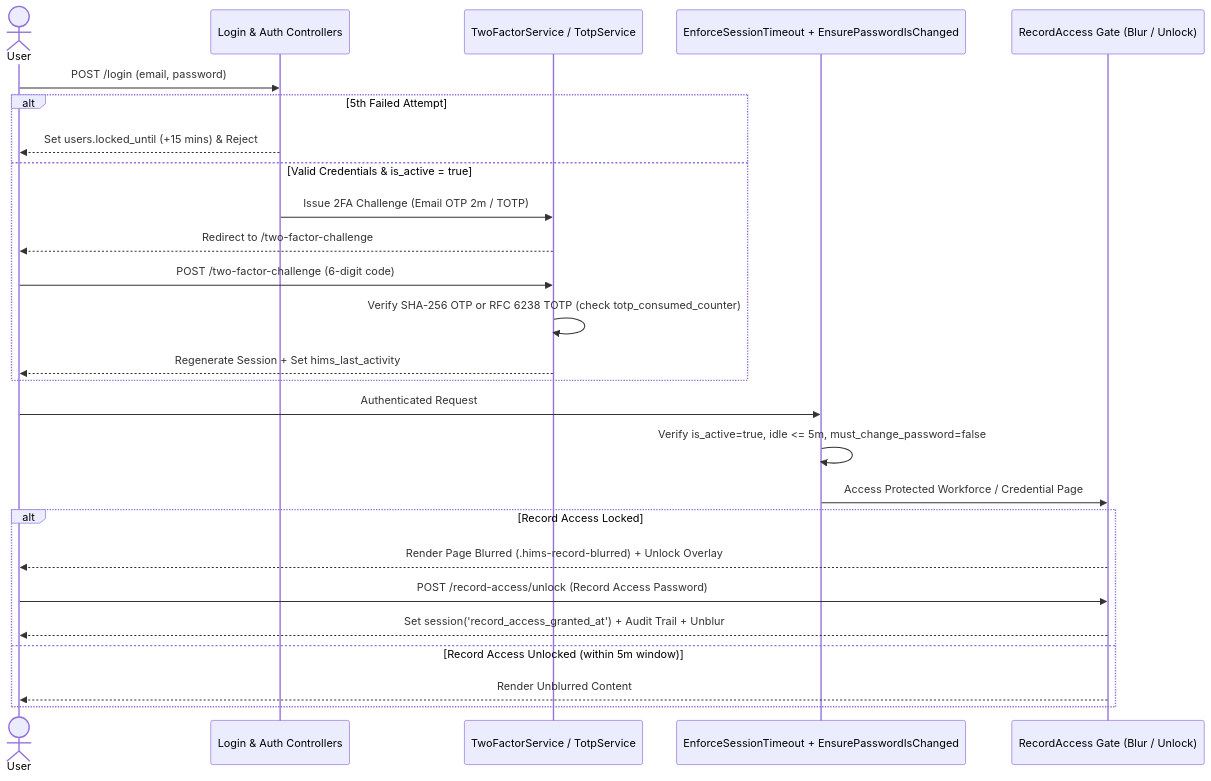
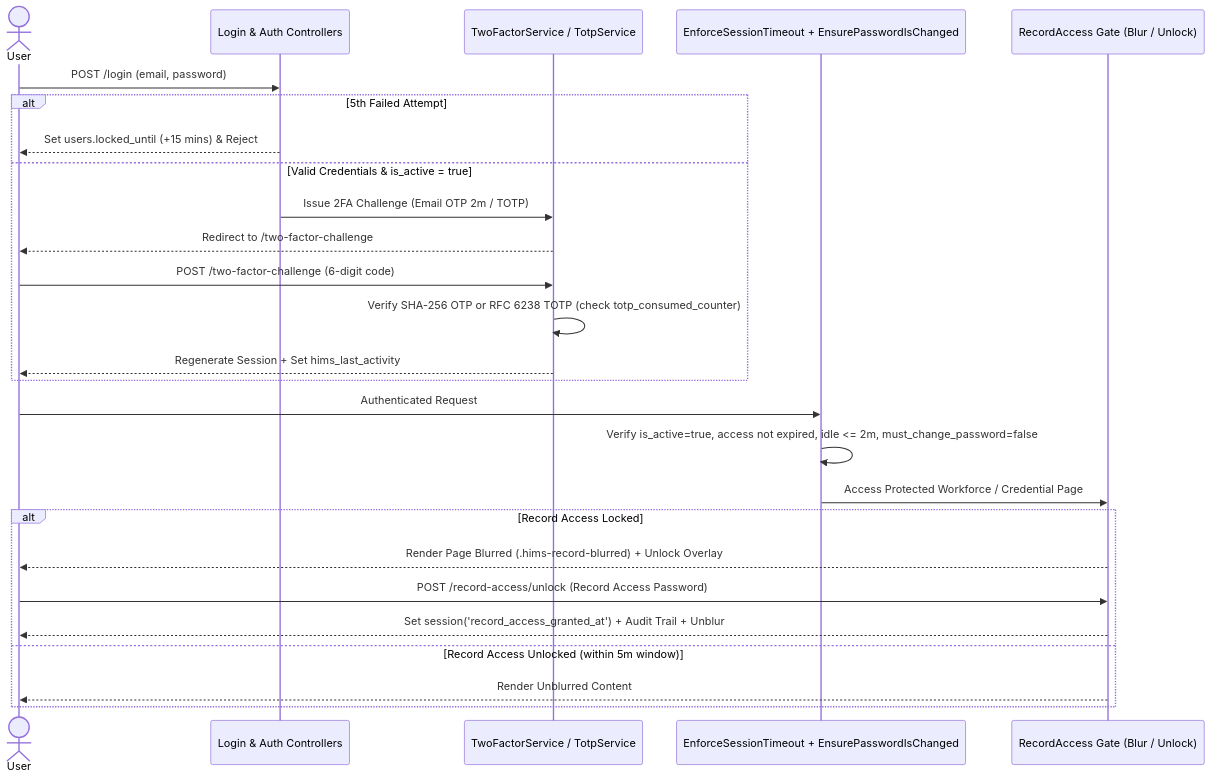
One commit to shikabane277/HIMS-v2 changed the second of 3 diagrams in HIMS_ARCHITECTURE_AND_SECURITY.md. Above: the diagram before and after it, drawn with Mermaid. The commit also changed other lines of this file and 90 other files, not shown here.

````diff
--- a/HIMS_ARCHITECTURE_AND_SECURITY.md
+++ b/HIMS_ARCHITECTURE_AND_SECURITY.md
@@ -628,29 +663,29 @@
 ```mermaid
 sequenceDiagram
     actor User
     participant Web as Login & Auth Controllers
     participant TwoFA as TwoFactorService / TotpService
     participant MW as EnforceSessionTimeout + EnsurePasswordIsChanged
     participant Rec as RecordAccess Gate (Blur / Unlock)
 
     User->>Web: POST /login (email, password)
     alt 5th Failed Attempt
         Web-->>User: Set users.locked_until (+15 mins) & Reject
     else Valid Credentials & is_active = true
         Web->>TwoFA: Issue 2FA Challenge (Email OTP 2m / TOTP)
         TwoFA-->>User: Redirect to /two-factor-challenge
         User->>TwoFA: POST /two-factor-challenge (6-digit code)
         TwoFA->>TwoFA: Verify SHA-256 OTP or RFC 6238 TOTP (check totp_consumed_counter)
         TwoFA-->>User: Regenerate Session + Set hims_last_activity
     end
     User->>MW: Authenticated Request
-    MW->>MW: Verify is_active=true, idle <= 5m, must_change_password=false
+    MW->>MW: Verify is_active=true, access not expired, idle <= 2m, must_change_password=false
     MW->>Rec: Access Protected Workforce / Credential Page
     alt Record Access Locked
         Rec-->>User: Render Page Blurred (.hims-record-blurred) + Unlock Overlay
         User->>Rec: POST /record-access/unlock (Record Access Password)
         Rec-->>User: Set session('record_access_granted_at') + Audit Trail + Unblur
     else Record Access Unlocked (within 5m window)
         Rec-->>User: Render Unblurred Content
     end
 ```
````
